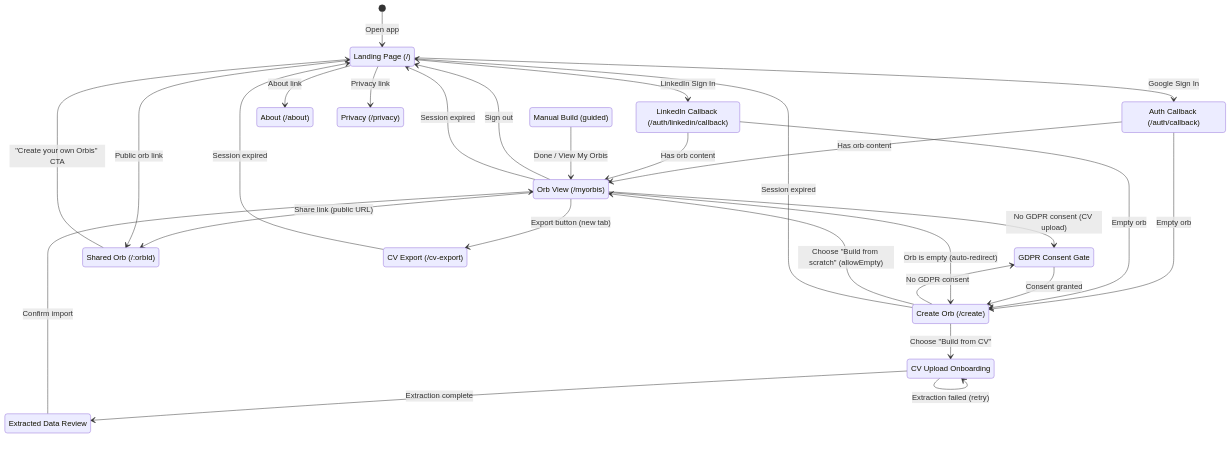
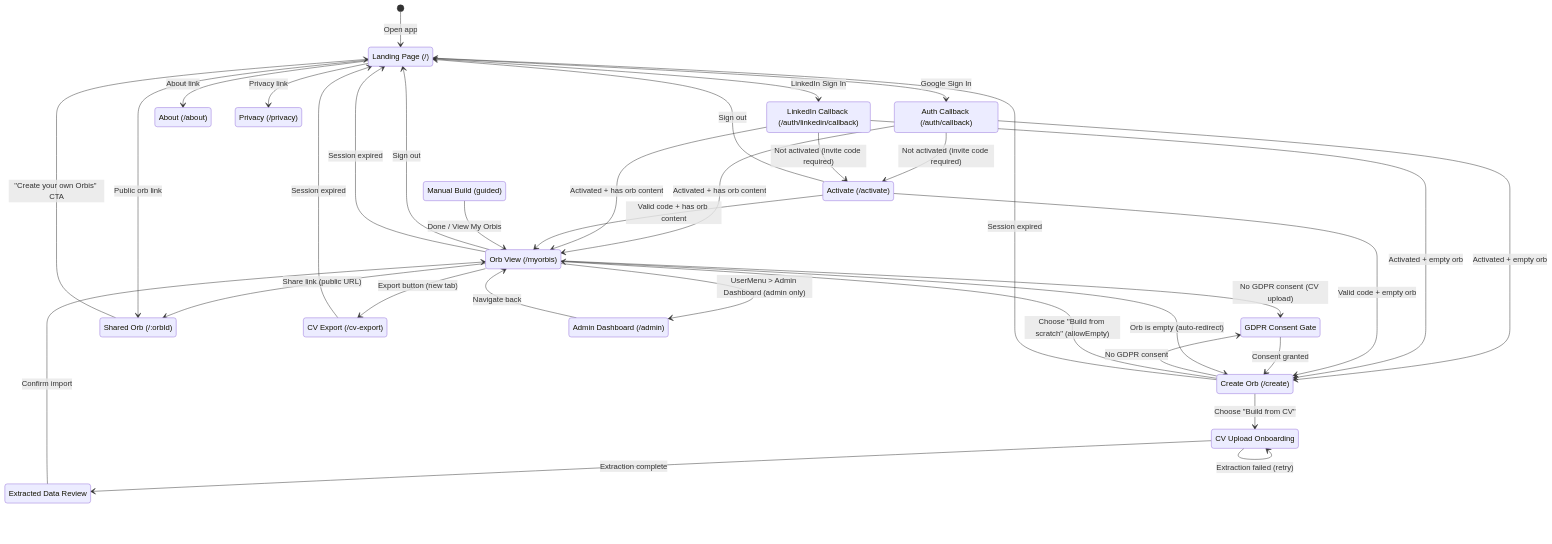
The first of 3 diagrams in docs/navigation-flow.md (open-orbis/open-orbis), drawn with Mermaid before and after one commit. The commit also changed other lines of this file and 4 other files, not shown here.

First line of the commit message:
docs: update navigation flows, API reference, and CLAUDE.md for invitation system

````diff
--- a/docs/navigation-flow.md
+++ b/docs/navigation-flow.md
@@ -19,57 +19,70 @@
 ```mermaid
 stateDiagram-v2
     [*] --> LANDING: Open app
 
     %% ── Authentication ──
     state "Landing Page (/)" as LANDING
     state "Auth Callback (/auth/callback)" as AUTH_CALLBACK
     state "LinkedIn Callback (/auth/linkedin/callback)" as LINKEDIN_CALLBACK
     state "GDPR Consent Gate" as CONSENT_GATE
     state "Create Orb (/create)" as CREATE
     state "CV Upload Onboarding" as CV_UPLOAD
     state "Extracted Data Review" as CV_REVIEW
     state "Manual Build (guided)" as MANUAL_BUILD
     state "Orb View (/myorbis)" as ORB_VIEW
     state "Shared Orb (/:orbId)" as SHARED_ORB
     state "CV Export (/cv-export)" as CV_EXPORT
     state "About (/about)" as ABOUT
     state "Privacy (/privacy)" as PRIVACY
+    state "Activate (/activate)" as ACTIVATION
+    state "Admin Dashboard (/admin)" as ADMIN
 
     %% ── Auth flows ──
     LANDING --> AUTH_CALLBACK: Google Sign In
     LANDING --> LINKEDIN_CALLBACK: LinkedIn Sign In
-    AUTH_CALLBACK --> ORB_VIEW: Has orb content
-    AUTH_CALLBACK --> CREATE: Empty orb
-    LINKEDIN_CALLBACK --> ORB_VIEW: Has orb content
-    LINKEDIN_CALLBACK --> CREATE: Empty orb
+    AUTH_CALLBACK --> ACTIVATION: Not activated (invite code required)
+    AUTH_CALLBACK --> ORB_VIEW: Activated + has orb content
+    AUTH_CALLBACK --> CREATE: Activated + empty orb
+    LINKEDIN_CALLBACK --> ACTIVATION: Not activated (invite code required)
+    LINKEDIN_CALLBACK --> ORB_VIEW: Activated + has orb content
+    LINKEDIN_CALLBACK --> CREATE: Activated + empty orb
+
+    %% ── Activation gate (closed beta) ──
+    ACTIVATION --> ORB_VIEW: Valid code + has orb content
+    ACTIVATION --> CREATE: Valid code + empty orb
+    ACTIVATION --> LANDING: Sign out
+
+    %% ── Admin dashboard ──
+    ORB_VIEW --> ADMIN: UserMenu > Admin Dashboard (admin only)
+    ADMIN --> ORB_VIEW: Navigate back
 
     %% ── Consent gate ──
     CREATE --> CONSENT_GATE: No GDPR consent
     CONSENT_GATE --> CREATE: Consent granted
     ORB_VIEW --> CONSENT_GATE: No GDPR consent (CV upload)
 
     %% ── Create flows ──
     CREATE --> CV_UPLOAD: Choose "Build from CV"
     CREATE --> ORB_VIEW: Choose "Build from scratch" (allowEmpty)
     CV_UPLOAD --> CV_REVIEW: Extraction complete
     CV_REVIEW --> ORB_VIEW: Confirm import
     CV_UPLOAD --> CV_UPLOAD: Extraction failed (retry)
     MANUAL_BUILD --> ORB_VIEW: Done / View My Orbis
 
     %% ── Orb View navigation ──
     ORB_VIEW --> CV_EXPORT: Export button (new tab)
     ORB_VIEW --> SHARED_ORB: Share link (public URL)
     ORB_VIEW --> CREATE: Orb is empty (auto-redirect)
     ORB_VIEW --> LANDING: Sign out
 
     %% ── Public pages ──
     LANDING --> ABOUT: About link
     LANDING --> PRIVACY: Privacy link
     LANDING --> SHARED_ORB: Public orb link
     SHARED_ORB --> LANDING: "Create your own Orbis" CTA
 
     %% ── Session expiry ──
     ORB_VIEW --> LANDING: Session expired
     CREATE --> LANDING: Session expired
     CV_EXPORT --> LANDING: Session expired
 ```
````
